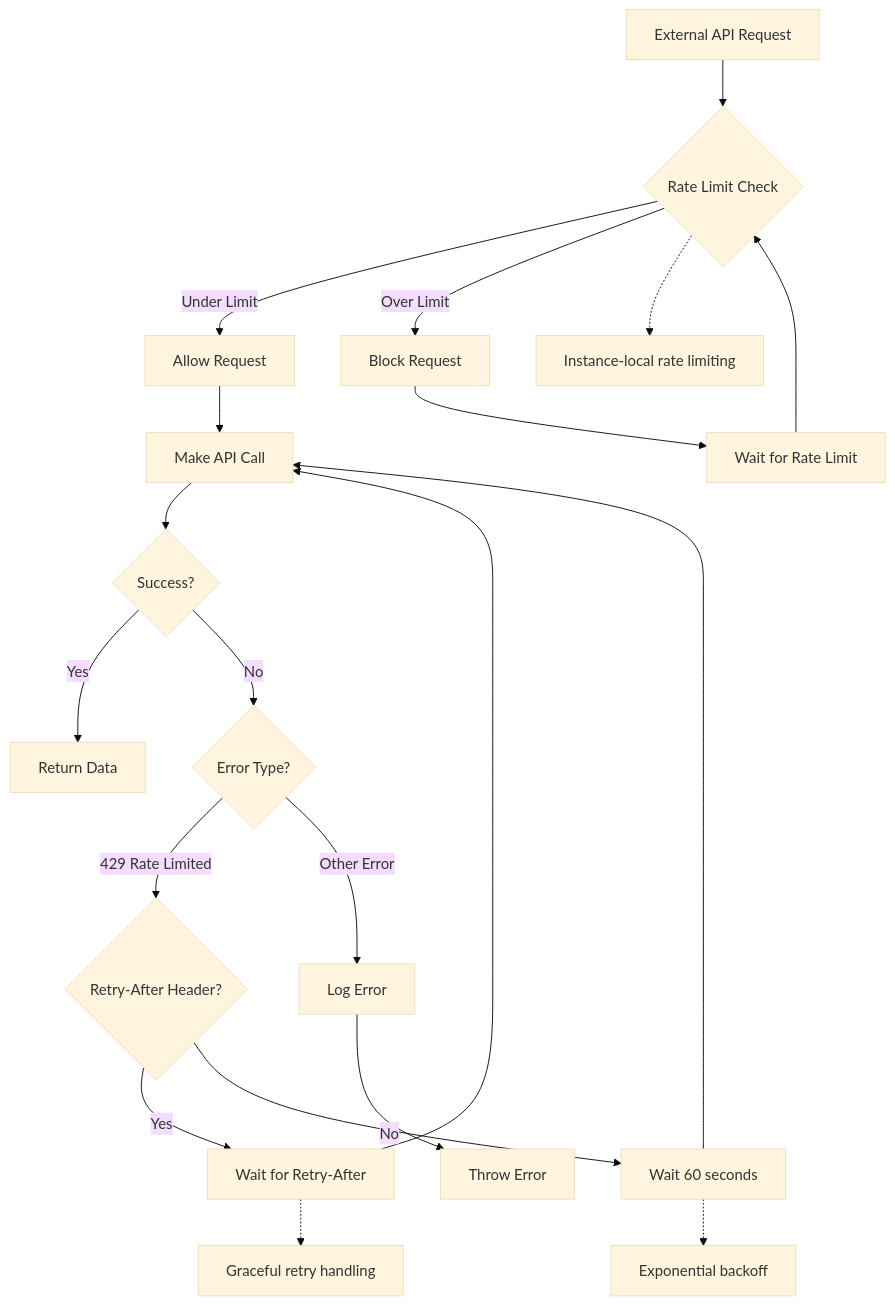
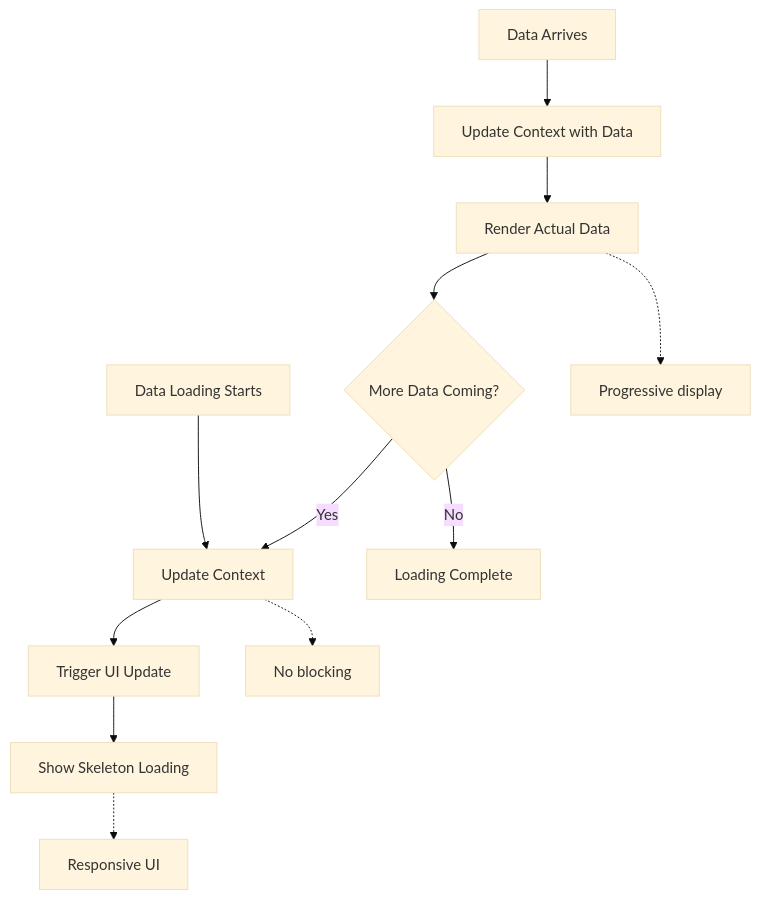
The fourth of 4 diagrams in docs/orchestration-implementation.md (szarroug3/dota-data), drawn with Mermaid (base theme) before and after one commit. The commit also changed other lines of this file and 341 other files, not shown here.

````diff
--- a/docs/orchestration-implementation.md
+++ b/docs/orchestration-implementation.md
@@ -295,38 +292,27 @@
 ```mermaid
 flowchart TD
-    %% External API Request
-    REQUEST[External API Request] --> RATE_CHECK{Rate Limit Check}
+    %% Data Loading
+    LOAD[Data Loading Starts] --> CONTEXT[Update Context]
     
-    %% Rate Limit Decision
-    RATE_CHECK -->|Under Limit| ALLOW[Allow Request]
-    RATE_CHECK -->|Over Limit| BLOCK[Block Request]
+    %% Context Updates
+    CONTEXT --> UI_UPDATE[Trigger UI Update]
+    UI_UPDATE --> SKELETON[Show Skeleton Loading]
     
-    %% Allowed Request
-    ALLOW --> API_CALL[Make API Call]
-    API_CALL --> SUCCESS{Success?}
-    SUCCESS -->|Yes| RETURN[Return Data]
-    SUCCESS -->|No| ERROR_TYPE{Error Type?}
+    %% Data Arrives
+    DATA[Data Arrives] --> UPDATE[Update Context with Data]
+    UPDATE --> RENDER[Render Actual Data]
     
-    %% Blocked Request
-    BLOCK --> WAIT[Wait for Rate Limit]
-    WAIT --> RATE_CHECK
-    
-    %% Error Handling
-    ERROR_TYPE -->|429 Rate Limited| RETRY_HEADER{Retry-After Header?}
-    RETRY_HEADER -->|Yes| RETRY_WAIT[Wait for Retry-After]
-    RETRY_HEADER -->|No| DEFAULT_WAIT[Wait 60 seconds]
-    RETRY_WAIT --> API_CALL
-    DEFAULT_WAIT --> API_CALL
-    
-    ERROR_TYPE -->|Other Error| LOG_ERROR[Log Error]
-    LOG_ERROR --> THROW[Throw Error]
+    %% Progressive Updates
+    RENDER --> MORE_DATA{More Data Coming?}
+    MORE_DATA -->|Yes| CONTEXT
+    MORE_DATA -->|No| COMPLETE[Loading Complete]
     
     %% Notes
-    N1[Instance-local rate limiting]
-    N2[Graceful retry handling]
-    N3[Exponential backoff]
+    N1[Progressive display]
+    N2[Responsive UI]
+    N3[No blocking]
     
-    RATE_CHECK -.-> N1
-    RETRY_WAIT -.-> N2
-    DEFAULT_WAIT -.-> N3
+    RENDER -.-> N1
+    SKELETON -.-> N2
+    CONTEXT -.-> N3
 ```
````
